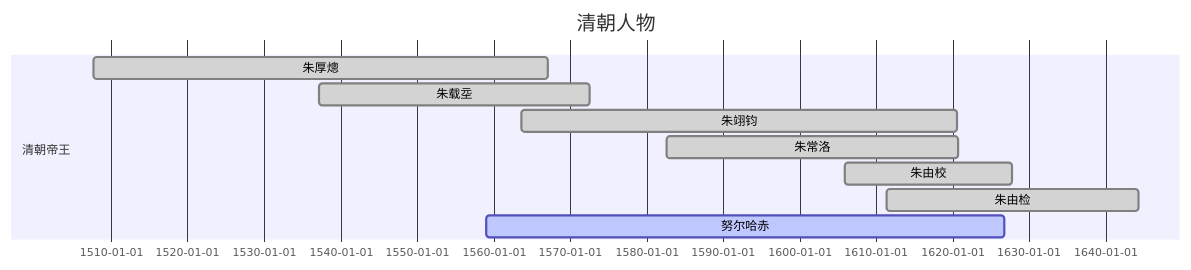
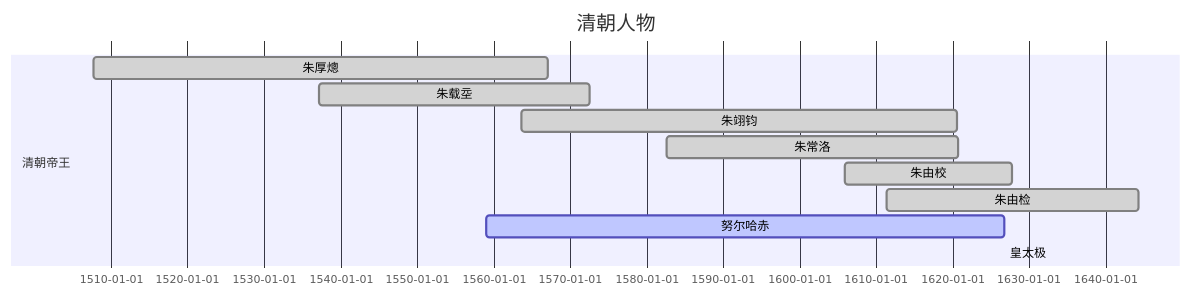
One commit to pemglee/HistoryNotes changed the fourth of 4 diagrams in NoteList.md. Above: the diagram before and after it, drawn with Mermaid. The commit also changed other lines of this file, not shown here.

````diff
--- a/NoteList.md
+++ b/NoteList.md
@@ -136,19 +158,20 @@
 ```mermaid
 gantt
 dateFormat YYYY-MM-DD
 title 清朝人物
 
 section 清朝帝王
 朱厚熜: done, 1507-09-16, 1567-01-23
 朱载坖: done, 1537-03-04, 1572-07-05
 朱翊钧: done, 1563-09-04, 1620-08-18
 朱常洛: done, 1582-08-28, 1620-09-26
 朱由校: done, 1605-12-23, 1627-09-30
 朱由检: done, 1611-06-02, 1644-04-25
 努尔哈赤: active, 1559-01-15, 1626-09-30
+皇太极: active, 
 
 section 清朝人物
 
 section 外藩
 
 ```
````
